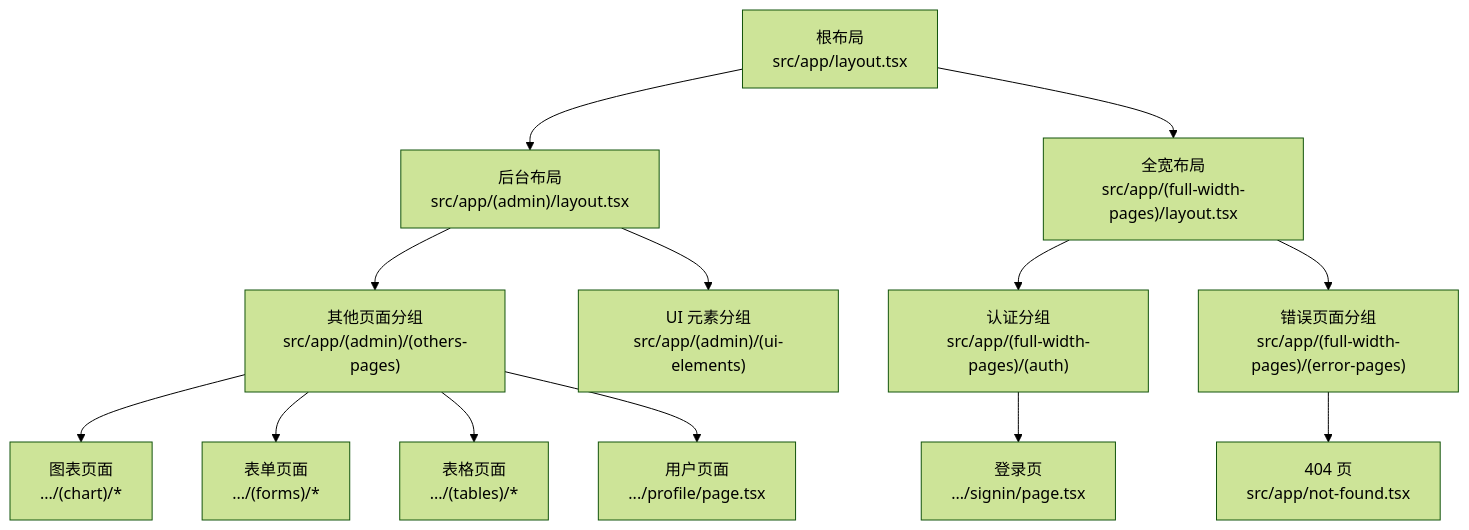
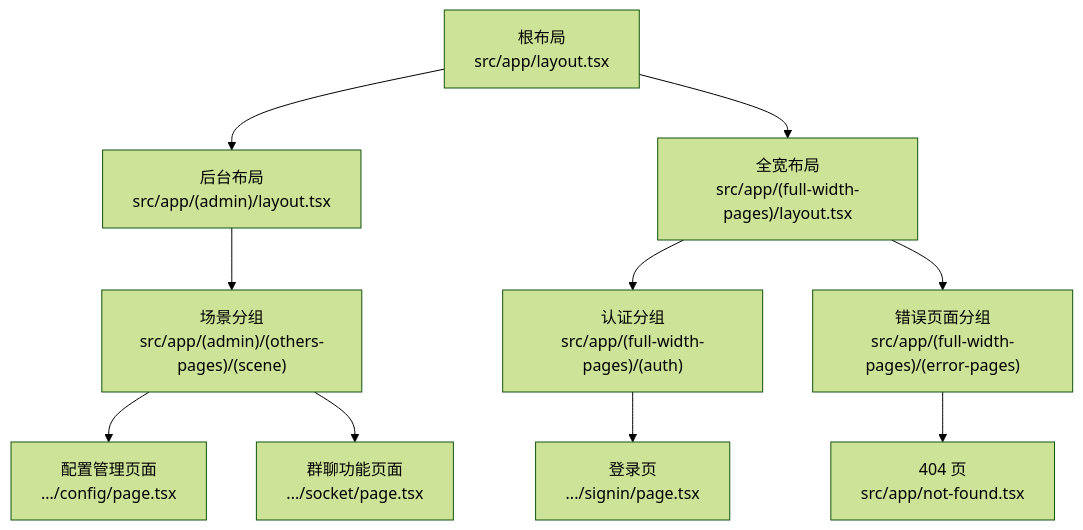
The second of 7 diagrams in .qoder/repowiki/zh/content/页面路由系统/页面路由系统.md (HAOFUYANG/nextjs-admin), drawn with Mermaid (forest theme) before and after one commit. The commit also changed other lines of this file and 36 other files, not shown here.

````diff
--- a/.qoder/repowiki/zh/content/页面路由系统/页面路由系统.md
+++ b/.qoder/repowiki/zh/content/页面路由系统/页面路由系统.md
@@ -97,15 +98,12 @@
 ```mermaid
 graph TB
 A["根布局<br/>src/app/layout.tsx"] --> B["后台布局<br/>src/app/(admin)/layout.tsx"]
 A --> C["全宽布局<br/>src/app/(full-width-pages)/layout.tsx"]
-B --> D["其他页面分组<br/>src/app/(admin)/(others-pages)"]
-B --> E["UI 元素分组<br/>src/app/(admin)/(ui-elements)"]
+B --> D["场景分组<br/>src/app/(admin)/(others-pages)/(scene)"]
 C --> F["认证分组<br/>src/app/(full-width-pages)/(auth)"]
 C --> G["错误页面分组<br/>src/app/(full-width-pages)/(error-pages)"]
-D --> H["图表页面<br/>.../(chart)/*"]
-D --> I["表单页面<br/>.../(forms)/*"]
-D --> J["表格页面<br/>.../(tables)/*"]
-D --> K["用户页面<br/>.../profile/page.tsx"]
+D --> H["配置管理页面<br/>.../config/page.tsx"]
+D --> I["群聊功能页面<br/>.../socket/page.tsx"]
 F --> L["登录页<br/>.../signin/page.tsx"]
 G --> M["404 页<br/>src/app/not-found.tsx"]
 ```
````
